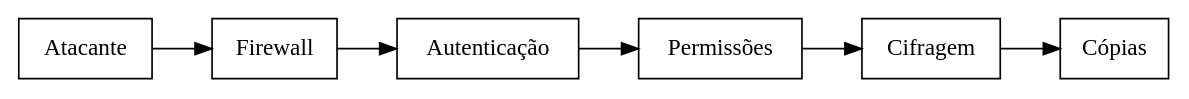
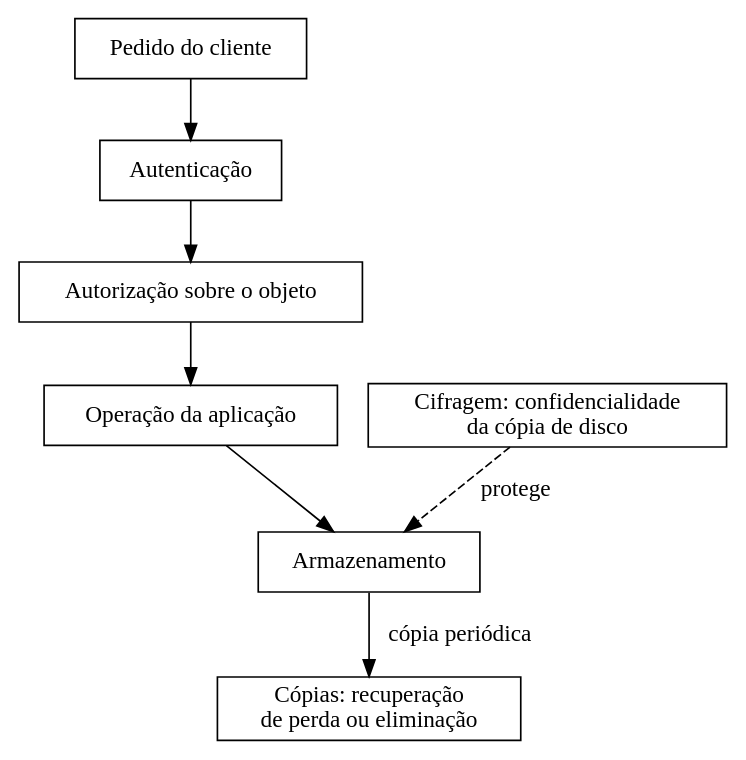
Before and after one commit to rodrgds/resumos: the diagram in src/content/fsi/camadas.dot, drawn with Graphviz. The commit also changed 23 other files, not shown here.

```diff
--- a/src/content/fsi/camadas.dot
+++ b/src/content/fsi/camadas.dot
@@ -1,11 +1,16 @@
 digraph defesa {
-  rankdir = LR;
-  node [shape = box];
-  atacante [label = "Atacante"];
-  firewall [label = "Firewall"];
-  auth [label = "Autenticação"];
-  perms [label = "Permissões"];
-  crypto [label = "Cifragem"];
-  ativo [label = "Cópias"];
-  atacante -> firewall -> auth -> perms -> crypto -> ativo;
+  rankdir=TB;
+  node [shape=box];
+  pedido [label="Pedido do cliente"];
+  auth [label="Autenticação"];
+  autorizacao [label="Autorização sobre o objeto"];
+  aplicacao [label="Operação da aplicação"];
+  armazenamento [label="Armazenamento"];
+  cifra [label="Cifragem: confidencialidade
+da cópia de disco"];
+  copias [label="Cópias: recuperação
+de perda ou eliminação"];
+  pedido -> auth -> autorizacao -> aplicacao -> armazenamento;
+  cifra -> armazenamento [label="protege",style=dashed];
+  armazenamento -> copias [label="cópia periódica"];
 }
```
